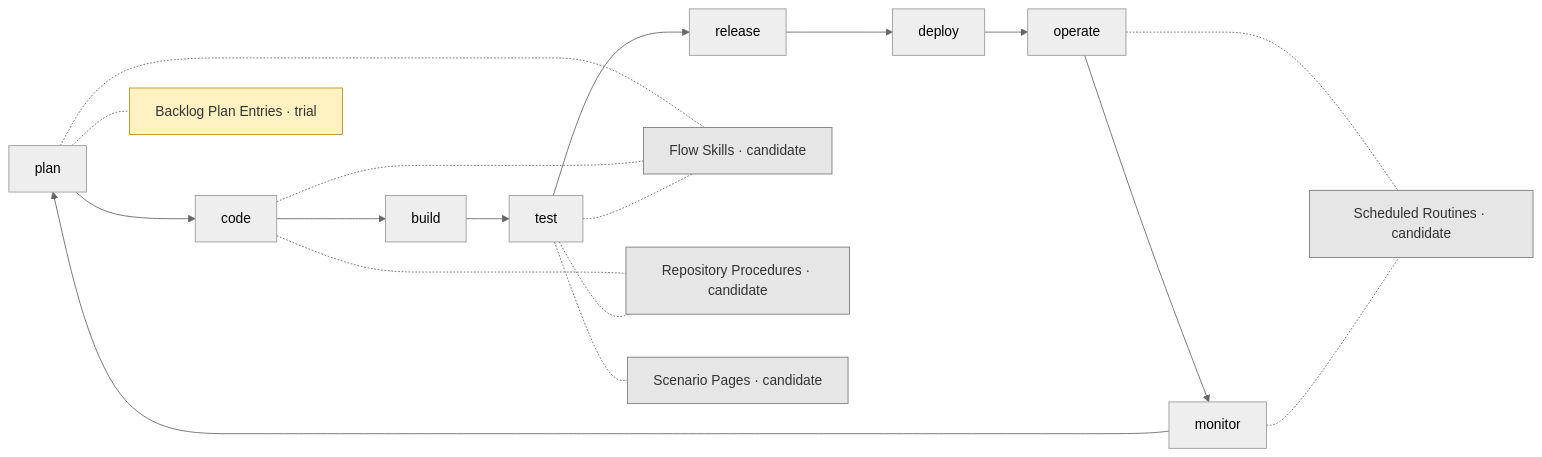
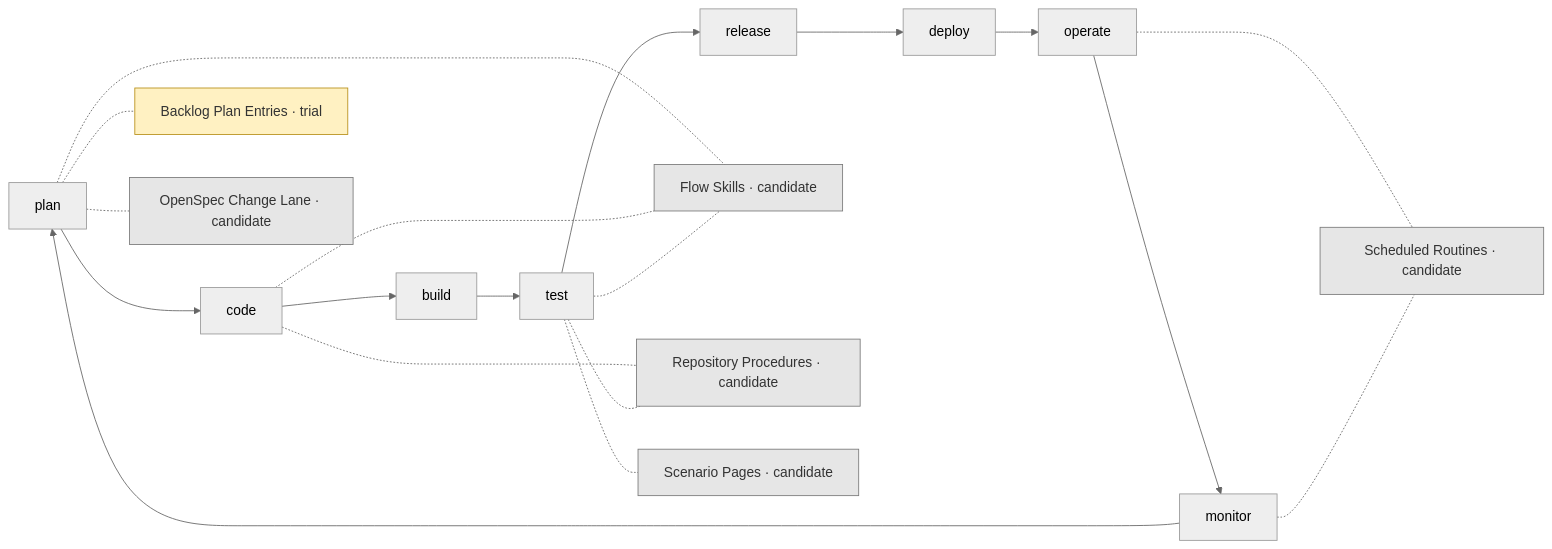
Before and after one commit to JSdotNet/finance: the diagram in .devbook/ai/adoption-map.md, drawn with Mermaid (neutral theme). The commit also changed other lines of this file and 93 other files, not shown here.

First line of the commit message:
chore(devbook): adopt the OpenSpec change lane

````diff
--- a/.devbook/ai/adoption-map.md
+++ b/.devbook/ai/adoption-map.md
@@ -24,22 +24,24 @@
 ```mermaid
 flowchart LR
   plan --> code --> build --> test --> release --> deploy --> operate --> monitor --> plan
   plans["Backlog Plan Entries · trial"]
+  lane["OpenSpec Change Lane · candidate"]
   flows["Flow Skills · candidate"]
   procs["Repository Procedures · candidate"]
   scenarios["Scenario Pages · candidate"]
   routines["Scheduled Routines · candidate"]
   plan -.- plans
+  plan -.- lane
   plan -.- flows
   code -.- flows
   test -.- flows
   code -.- procs
   test -.- procs
   test -.- scenarios
   operate -.- routines
   monitor -.- routines
   classDef candidate fill:#e6e6e6,stroke:#7a7a7a,color:#333;
   classDef trial fill:#fff1c2,stroke:#b8901a,color:#333;
-  class flows,procs,scenarios,routines candidate;
+  class lane,flows,procs,scenarios,routines candidate;
   class plans trial;
 ```
````
